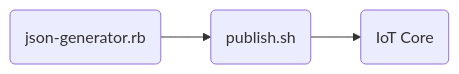
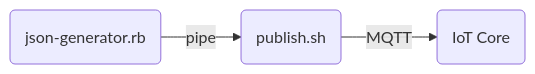
The diagram in README.md (narutaro/json-data-generator), drawn with Mermaid before and after one commit.

````diff
--- a/README.md
+++ b/README.md
@@ -5,7 +5,7 @@
 ```mermaid
 graph LR
     A(json-generator.rb)
     B(publish.sh)
     C(IoT Core)
-    A-->B-->C  
+    A--pipe-->B--MQTT-->C  
 ```
````
